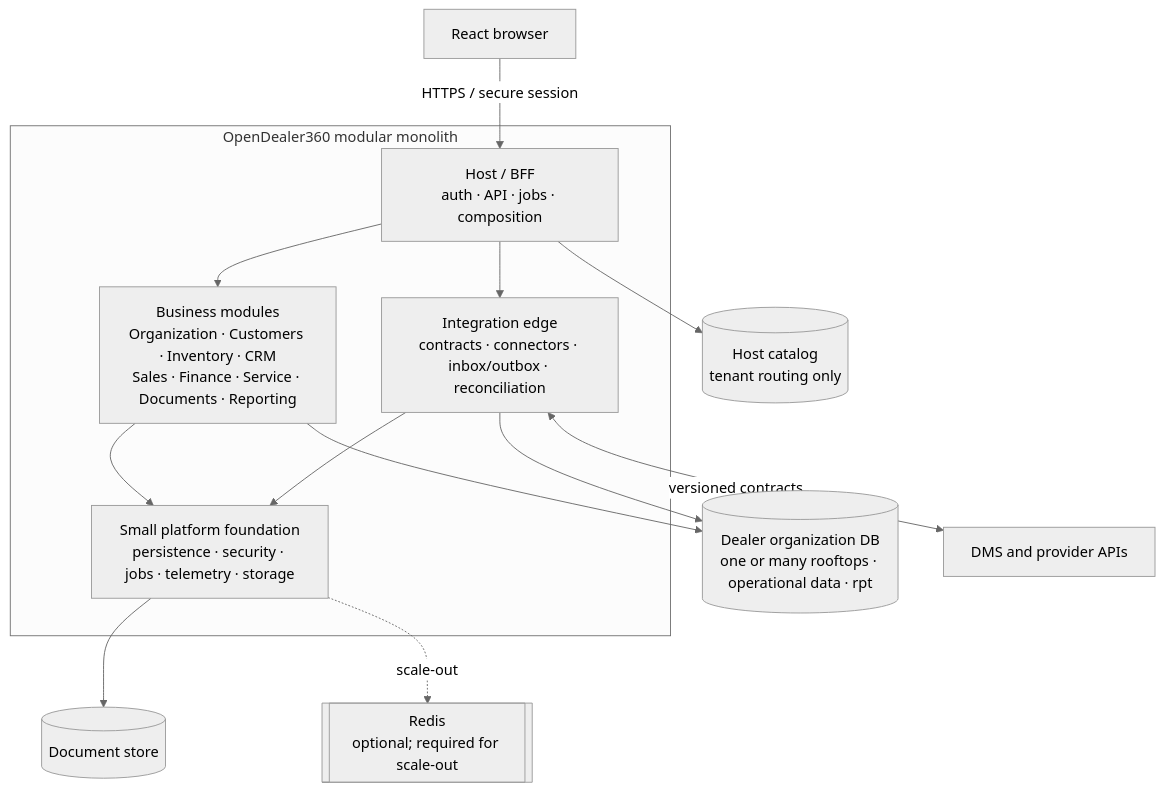
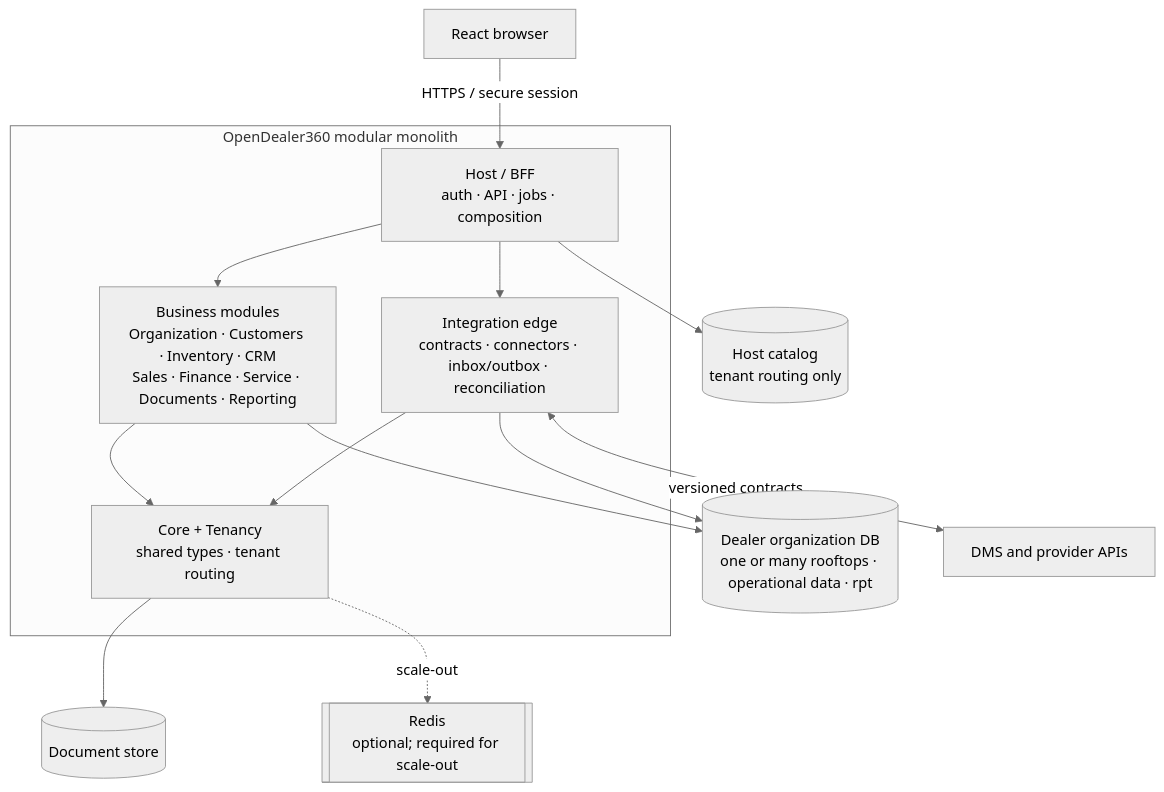
The diagram in docs/diagrams/01-system-architecture.md (PoulaAdel/DealerFOSS), drawn with Mermaid (neutral theme) before and after one commit. The commit also changed 91 other files, not shown here.

````diff
--- a/docs/diagrams/01-system-architecture.md
+++ b/docs/diagrams/01-system-architecture.md
@@ -5,27 +5,27 @@
 ```mermaid
 flowchart TB
     Browser["React browser"]
     subgraph App["OpenDealer360 modular monolith"]
         Host["Host / BFF<br/>auth · API · jobs · composition"]
         Modules["Business modules<br/>Organization · Customers · Inventory · CRM<br/>Sales · Finance · Service · Documents · Reporting"]
         Edge["Integration edge<br/>contracts · connectors · inbox/outbox · reconciliation"]
-        Platform["Small platform foundation<br/>persistence · security · jobs · telemetry · storage"]
+        Core["Core + Tenancy<br/>shared types · tenant routing"]
     end
     HostDB[("Host catalog<br/>tenant routing only")]
     TenantDB[("Dealer organization DB<br/>one or many rooftops · operational data · rpt")]
     Docs[("Document store")]
     Redis[["Redis<br/>optional; required for scale-out"]]
     External["DMS and provider APIs"]
 
     Browser -->|HTTPS / secure session| Host
     Host --> Modules
     Host --> Edge
-    Modules --> Platform
-    Edge --> Platform
+    Modules --> Core
+    Edge --> Core
     Host --> HostDB
     Modules --> TenantDB
     Edge --> TenantDB
-    Platform --> Docs
-    Platform -. scale-out .-> Redis
+    Core --> Docs
+    Core -. scale-out .-> Redis
     Edge <-->|versioned contracts| External
 ```
````
